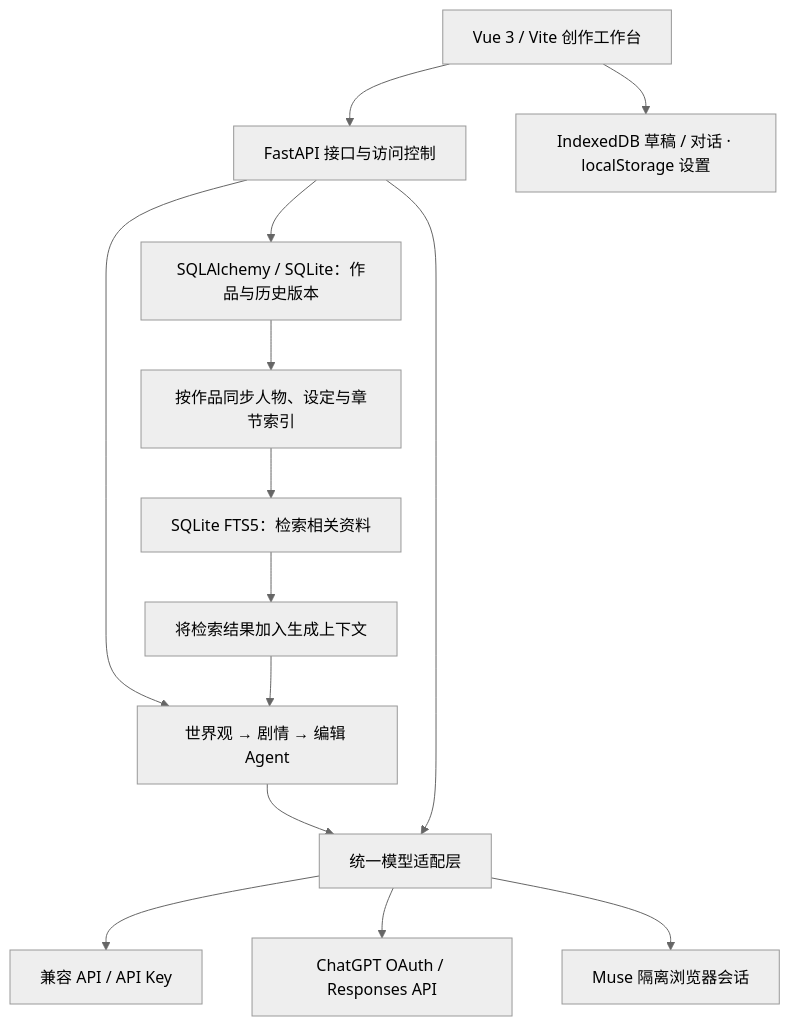
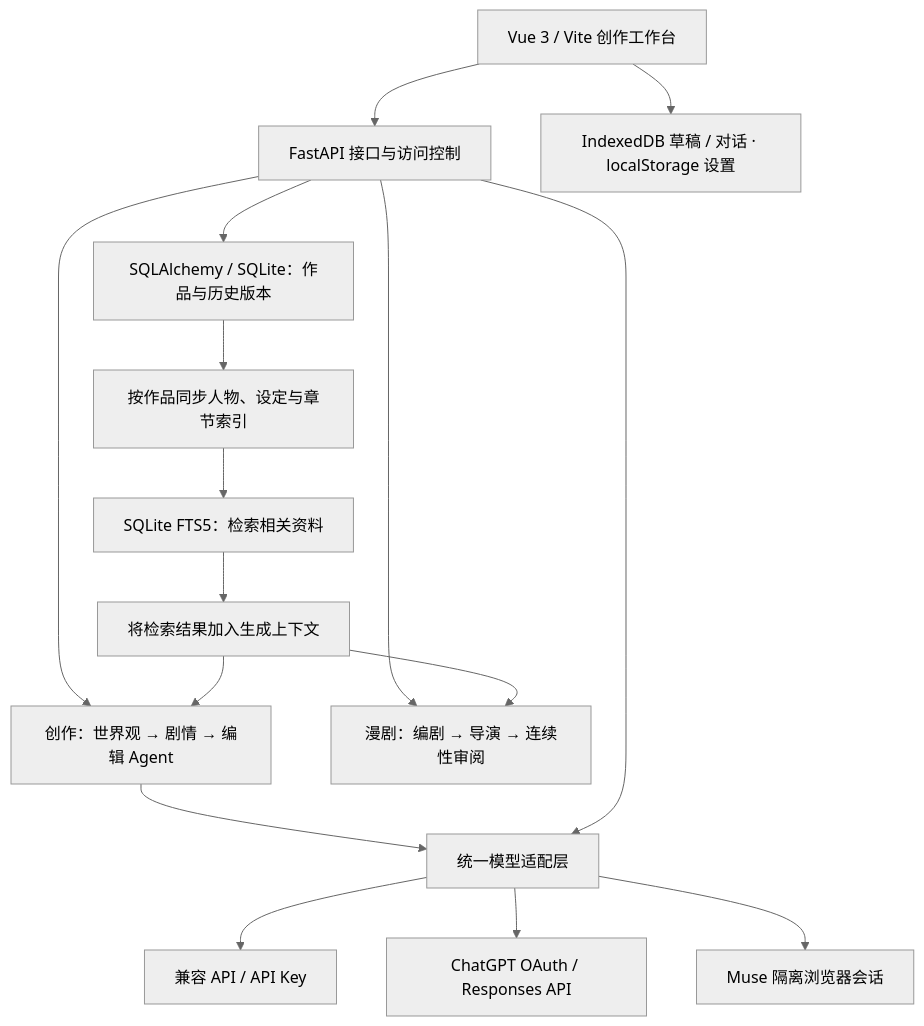
Before and after one commit to fdehub/ai-creation-studio: the diagram in README.md, drawn with Mermaid (neutral theme). The commit also changed other lines of this file and 28 other files, not shown here.

````diff
--- a/README.md
+++ b/README.md
@@ -49,16 +56,18 @@
 ```mermaid
 flowchart TD
     UI["Vue 3 / Vite 创作工作台"] --> API["FastAPI 接口与访问控制"]
     UI --> Local["IndexedDB 草稿 / 对话 · localStorage 设置"]
     API --> SQL["SQLAlchemy / SQLite：作品与历史版本"]
     SQL --> Sync["按作品同步人物、设定与章节索引"]
     Sync --> RAG["SQLite FTS5：检索相关资料"]
-    API --> Agents["世界观 → 剧情 → 编辑 Agent"]
+    API --> Agents["创作：世界观 → 剧情 → 编辑 Agent"]
+    API --> Comic["漫剧：编剧 → 导演 → 连续性审阅"]
+    Context --> Comic
     RAG --> Context["将检索结果加入生成上下文"]
     Context --> Agents
     Agents --> Models["统一模型适配层"]
     API --> Models
     Models --> Key["兼容 API / API Key"]
     Models --> ChatGPT["ChatGPT OAuth / Responses API"]
     Models --> Muse["Muse 隔离浏览器会话"]
 ```
````
